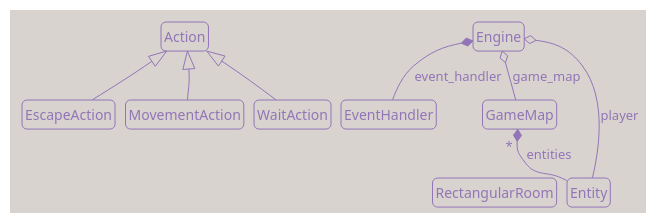
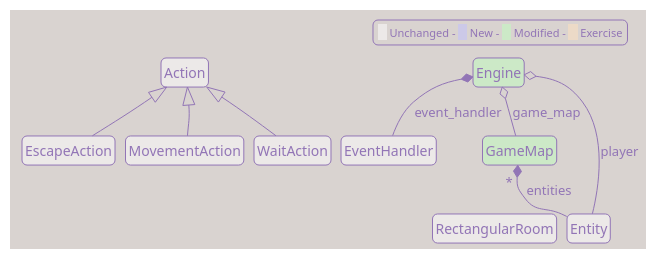
One commit to Darky-Lucera/roguelike-tutorial-python-tcod changed the diagram in uml/part4_classes.puml. Above: the diagram before and after it, drawn with PlantUML. The commit also changed 64 other files, not shown here.

Commit message:
Improve class diagrams. Minor changes

```diff
--- a/uml/part4_classes.puml
+++ b/uml/part4_classes.puml
@@ -1,80 +1,85 @@
 @startuml classes
 
 !theme mimeograph
 
 top to bottom direction
 
 hide members
 
 hide circle
 
 skinparam roundcorner 10
+skinparam classBackgroundColor #ece9e8
 
 skinparam noteFontSize 10
 skinparam noteBorderThickness 1
 skinparam noteMargin 2
 skinparam notePadding 2
 
 skinparam nodesep 10
 skinparam ranksep 30
 
 set namespaceSeparator none
 
 '--------------------------------------
 ' Classes
 '--------------------------------------
 
 class "Action" as game.actions.Action {
 }
 
-class "Engine" as game.engine.Engine {
+class "Engine" as game.engine.Engine #cce9c7 {
 }
 
 class "Entity" as game.entity.Entity {
 }
 
 class "EscapeAction" as game.actions.EscapeAction {
 }
 
 class "EventHandler" as game.input_handlers.EventHandler {
 }
 
-class "GameMap" as game.map.game_map.GameMap {
+class "GameMap" as game.map.game_map.GameMap #cce9c7 {
 }
 
 class "MovementAction" as game.actions.MovementAction {
 }
 
 class "RectangularRoom" as game.map.map_generator.RectangularRoom {
 }
 
 class "WaitAction" as game.actions.WaitAction {
 }
 
 '--------------------------------------
 ' Relations
 '--------------------------------------
 
 game.actions.EscapeAction --|> game.actions.Action
 game.actions.MovementAction --|> game.actions.Action
 game.actions.WaitAction --|> game.actions.Action
 game.entity.Entity --* " * " game.map.game_map.GameMap : entities
 game.entity.Entity --o game.engine.Engine : player
 game.input_handlers.EventHandler --* game.engine.Engine : event_handler
 game.map.game_map.GameMap --o game.engine.Engine : game_map
 
 '--------------------------------------
 ' Order Rules
 '--------------------------------------
 
 game.actions.Action -[hidden]down- game.actions.MovementAction
 game.actions.Action -[hidden]down- game.actions.WaitAction
 game.actions.Action -[hidden]down- game.actions.EscapeAction
 
 game.engine.Engine -[hidden]down-  game.map.game_map.GameMap
 game.map.game_map.GameMap -[hidden]down- game.entity.Entity
 game.engine.Engine -[hidden]down-  game.input_handlers.EventHandler
 
 game.map.game_map.GameMap -[hidden]down- game.map.map_generator.RectangularRoom
 
+legend top right
+<size:11><back:#ece9e8>   </back> Unchanged - <back:#ccc9e8>   </back> New - <back:#cce9c7>   </back> Modified - <back:#ecdac7>   </back> Exercise</size>
+endlegend
+
 @enduml
```
